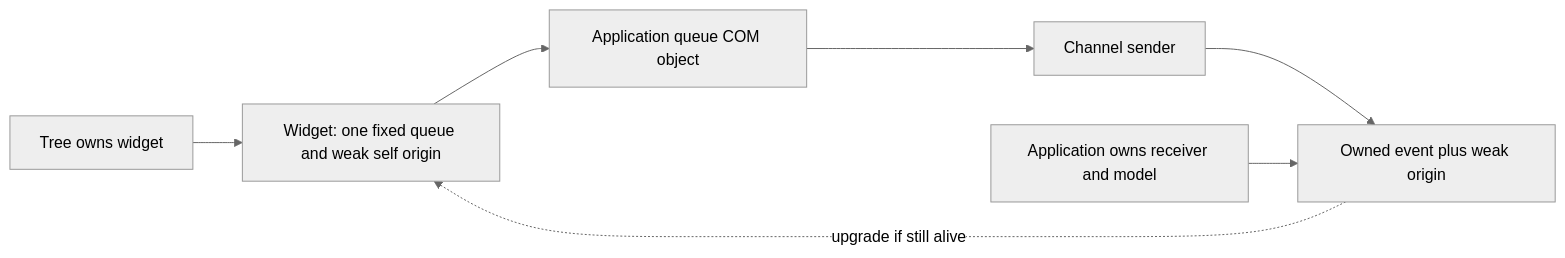
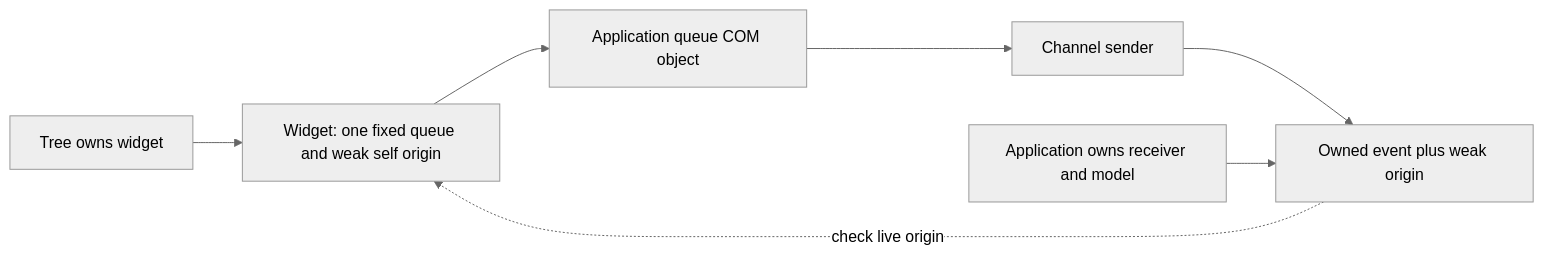
Before and after one commit to NeoCogi/neocogi-ui: the first of 2 diagrams in docs/CLASS_EVENT_STREAMS.md, drawn with Mermaid (neutral theme). The commit also changed other lines of this file and 14 other files, not shown here.

````diff
--- a/docs/CLASS_EVENT_STREAMS.md
+++ b/docs/CLASS_EVENT_STREAMS.md
@@ -92,9 +93,9 @@
 ```mermaid
 flowchart LR
     Tree["Tree owns widget"] --> Widget["Widget: one fixed queue and weak self origin"]
     Widget --> Queue["Application queue COM object"]
     Queue --> Sender["Channel sender"]
     Sender --> Message["Owned event plus weak origin"]
-    Message -. "upgrade if still alive" .-> Widget
+    Message -. "check live origin" .-> Widget
     Consumer["Application owns receiver and model"] --> Message
 ```
````
